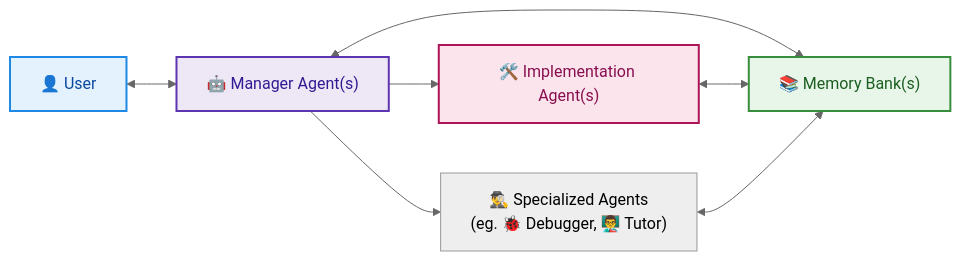
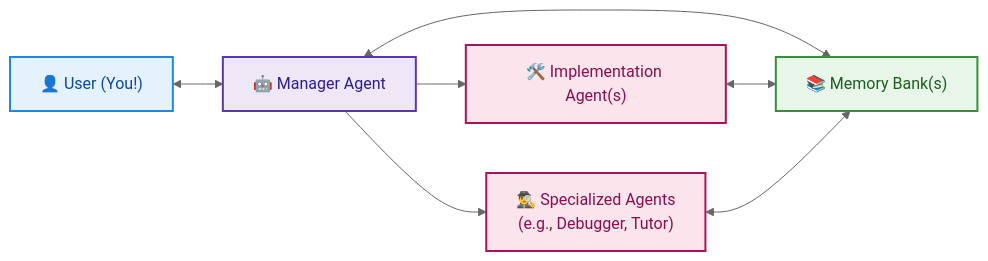
The diagram in README.md (sdi2200262/agentic-project-management), drawn with Mermaid (neutral theme) before and after one commit. The commit also changed other lines of this file and 17 other files, not shown here.

````diff
--- a/README.md
+++ b/README.md
@@ -17,28 +13,26 @@
 ```mermaid
 graph LR
-    User["👤 User"]
-    MA["🤖 Manager Agent(s)"]
+    User["👤 User (You!)"]
+    MA["🤖 Manager Agent"] 
     SA_I["🛠️ Implementation Agent(s)"]
-    SA["🕵️‍♂️ Specialized Agents 
-    (eg. 🐞 Debugger, 👨‍🏫 Tutor)"]
+    SA["🕵️‍♂️ Specialized Agents <br/> (e.g., Debugger, Tutor)"]
     MB["📚 Memory Bank(s)"]
 
     User <--> MA
     MA --> SA_I
     MA --> SA
 
     MA <--> MB
     SA_I <--> MB
     SA <--> MB
 
-    %% Styling
     classDef user fill:#E3F2FD,stroke:#1E88E5,stroke-width:2px,color:#0D47A1;
     classDef manager fill:#EDE7F6,stroke:#5E35B1,stroke-width:2px,color:#311B92;
     classDef specializedAgent fill:#FCE4EC,stroke:#AD1457,stroke-width:2px,color:#880E4F; 
     classDef memoryBank fill:#E8F5E9,stroke:#388E3C,stroke-width:2px,color:#1B5E20;
 
     class User user;
     class MA manager;
-    class SA_I,SA_D,SA_T specializedAgent;
+    class SA_I,SA specializedAgent;
     class MB memoryBank;
 ```
````
